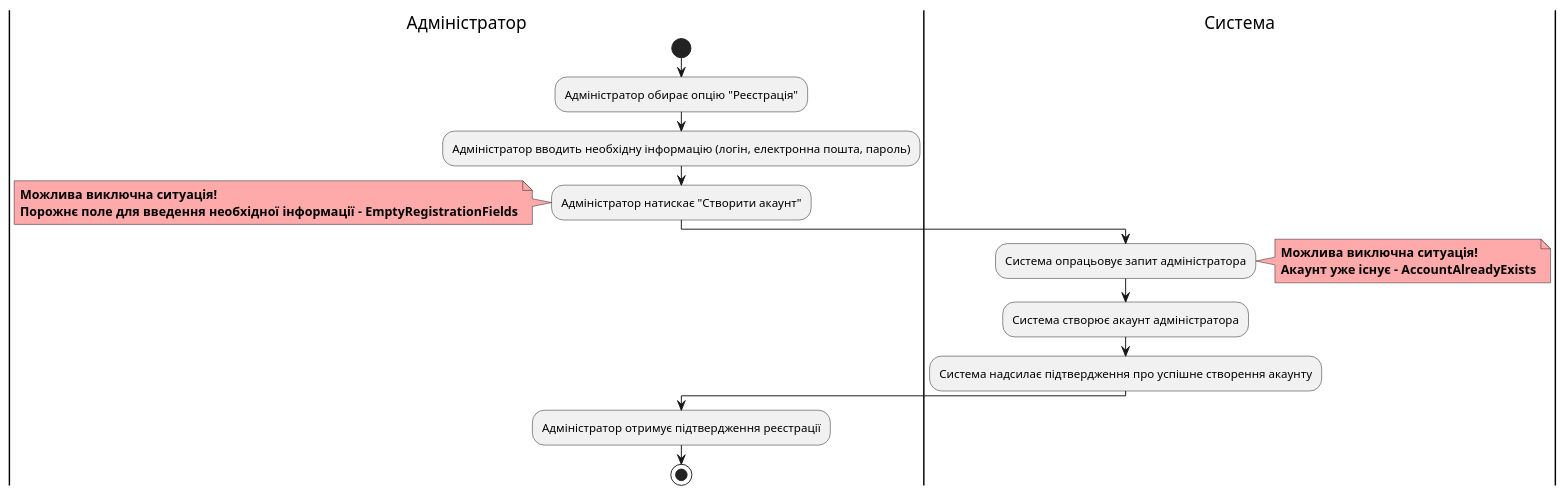
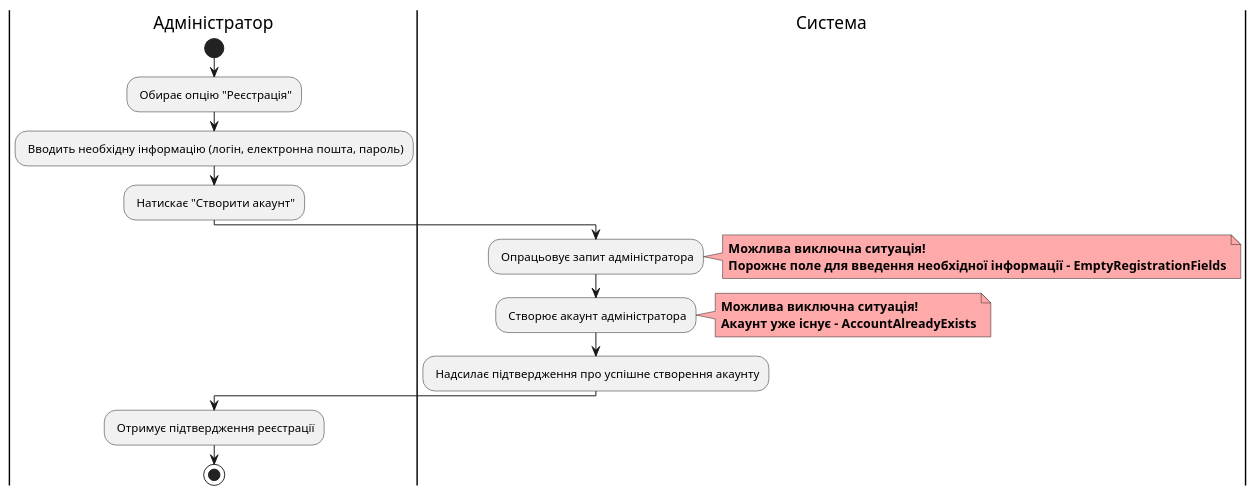
One commit to watashone/db-labs changed diagram 15 of 17 in docs/use cases/README.md. Above: the diagram before and after it, drawn with PlantUML. The commit also changed other lines of this file, not shown here.

````diff
--- a/docs/use cases/README.md
+++ b/docs/use cases/README.md
@@ -514,24 +510,24 @@
 ```plantuml
 @startuml
-|Адміністратор|
-start
-:Адміністратор обирає опцію "Реєстрація";
-:Адміністратор вводить необхідну інформацію (логін, електронна пошта, пароль);
-:Адміністратор натискає "Створити акаунт";
-note left #ffaaaa
-<b>Можлива виключна ситуація!
-<b>Порожнє поле для введення необхідної інформації - EmptyRegistrationFields
-end note
-|Система|
-:Система опрацьовує запит адміністратора;
-note right #ffaaaa
-<b>Можлива виключна ситуація!
-<b>Акаунт уже існує - AccountAlreadyExists
-end note
-:Система створює акаунт адміністратора;
-:Система надсилає підтвердження про успішне створення акаунту;
-|Адміністратор|
-:Адміністратор отримує підтвердження реєстрації;
-stop;
+    |Адміністратор|
+        start
+        : Обирає опцію "Реєстрація";
+        : Вводить необхідну інформацію (логін, електронна пошта, пароль);
+        : Натискає "Створити акаунт";
+    |Система|
+        : Опрацьовує запит адміністратора;
+        note right #ffaaaa
+        <b>Можлива виключна ситуація!
+        <b>Порожнє поле для введення необхідної інформації - EmptyRegistrationFields
+        end note
+        : Створює акаунт адміністратора;
+        note right #ffaaaa
+        <b>Можлива виключна ситуація!
+        <b>Акаунт уже існує - AccountAlreadyExists
+        end note
+        : Надсилає підтвердження про успішне створення акаунту;
+    |Адміністратор|
+        : Отримує підтвердження реєстрації;
+        stop;
 @enduml
 ```
````
